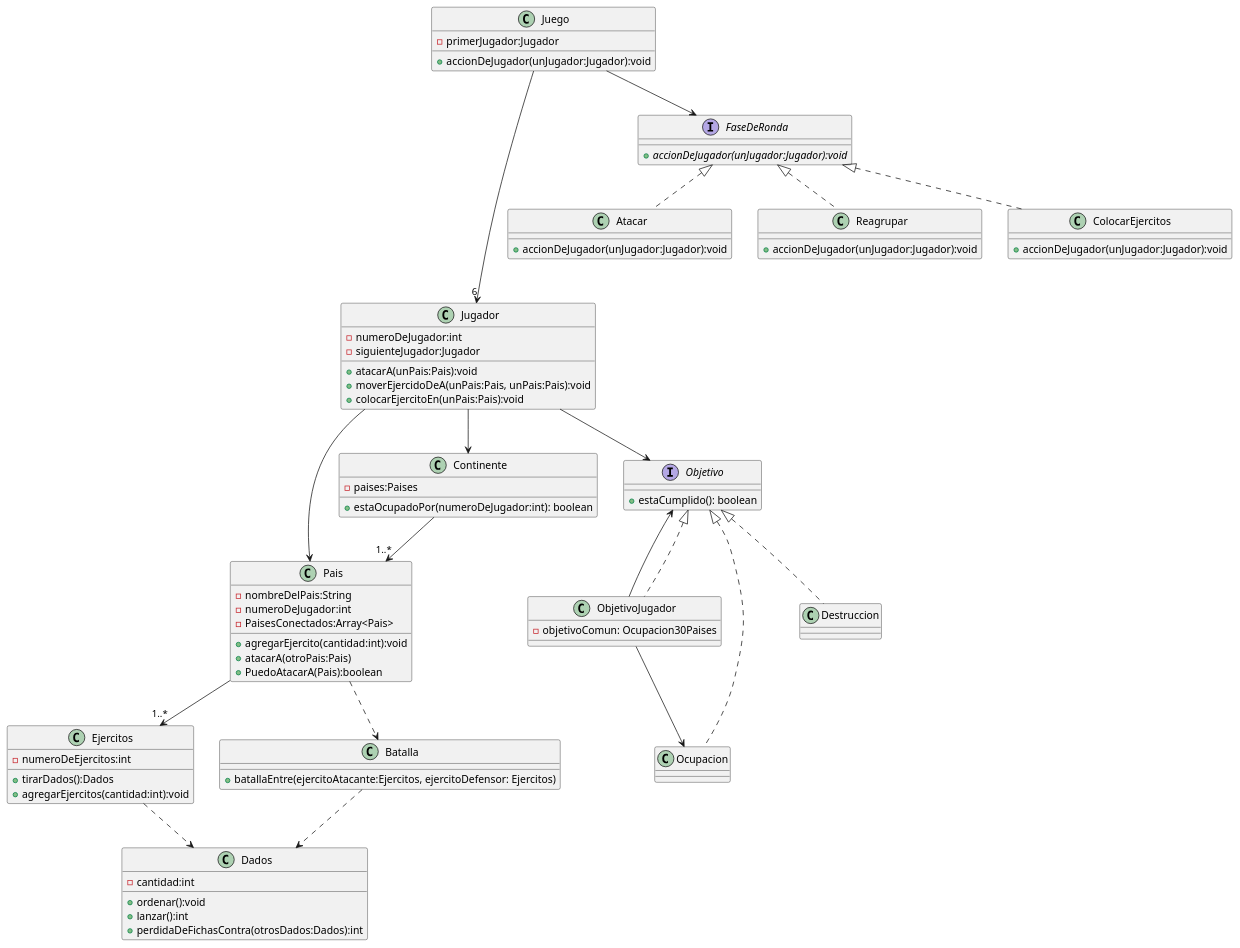
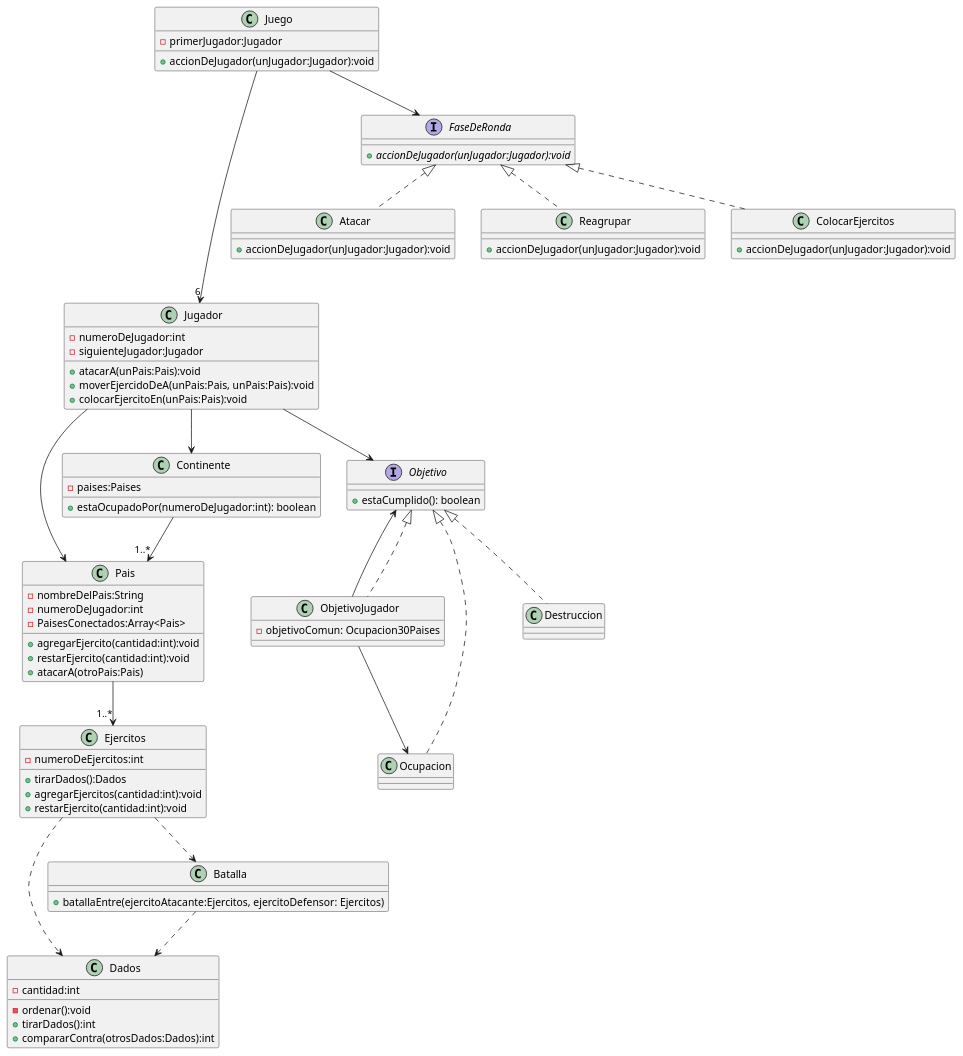
One commit to julia-valdo/Algoritmos-3.TP2 changed the diagram in Diagramas/Classes.puml. Above: the diagram before and after it, drawn with PlantUML. The commit also changed 5 other files, not shown here.

First line of the commit message:
cambios en ejercitos y en diagramas

```diff
--- a/Diagramas/Classes.puml
+++ b/Diagramas/Classes.puml
@@ -1,102 +1,103 @@
 @startuml
 'https://plantuml.com/class-diagram
 
 class Juego{
 -primerJugador:Jugador
 +accionDeJugador(unJugador:Jugador):void
 }
 
 class Jugador{
 -numeroDeJugador:int
 -siguienteJugador:Jugador
 +atacarA(unPais:Pais):void
 +moverEjercidoDeA(unPais:Pais, unPais:Pais):void
 +colocarEjercitoEn(unPais:Pais):void
 }
 
 class Ejercitos{
 -numeroDeEjercitos:int
 +tirarDados():Dados
 +agregarEjercitos(cantidad:int):void
++restarEjercito(cantidad:int):void
 }
 
 
 class Pais{
 -nombreDelPais:String
 -numeroDeJugador:int
 -PaisesConectados:Array<Pais>
 +agregarEjercito(cantidad:int):void
++restarEjercito(cantidad:int):void
 +atacarA(otroPais:Pais)
-+PuedoAtacarA(Pais):boolean
 }
 
 
 class ObjetivoJugador{
 -objetivoComun: Ocupacion30Paises
 }
 
 class Dados{
 -cantidad:int
-+ordenar():void
-+lanzar():int
-+perdidaDeFichasContra(otrosDados:Dados):int
+-ordenar():void
++tirarDados():int
++compararContra(otrosDados:Dados):int
 }
 
 class Continente{
 -paises:Paises
 + estaOcupadoPor(numeroDeJugador:int): boolean
 }
 
 interface FaseDeRonda{
 +{abstract} accionDeJugador(unJugador:Jugador):void
 }
 
 interface Objetivo{
 + estaCumplido(): boolean
 }
 
 
 class Atacar{
 +accionDeJugador(unJugador:Jugador):void
 }
 
 class Reagrupar{
 +accionDeJugador(unJugador:Jugador):void
 }
 
 class ColocarEjercitos{
 +accionDeJugador(unJugador:Jugador):void
 }
 
 class Batalla{
 +batallaEntre(ejercitoAtacante:Ejercitos, ejercitoDefensor: Ejercitos)
 }
 
 Juego ---->"6" Jugador
 Juego --> FaseDeRonda
 
 FaseDeRonda <|.. Atacar
 FaseDeRonda <|.. Reagrupar
 FaseDeRonda <|.. ColocarEjercitos
 
 
 Jugador --> Pais
 Jugador --> Objetivo
 Jugador --> Continente
 
 Pais --> "1..*"Ejercitos
 
 Objetivo <|.. Ocupacion
 Objetivo <|.. Destruccion
 Objetivo <-- ObjetivoJugador
 Objetivo <|.. ObjetivoJugador
 
 ObjetivoJugador --> Ocupacion
 
-Pais ..> Batalla
+Ejercitos ..> Batalla
 Ejercitos ..> Dados
 Batalla ..> Dados
 
 Continente --> "1..*" Pais
 
 @enduml
```
